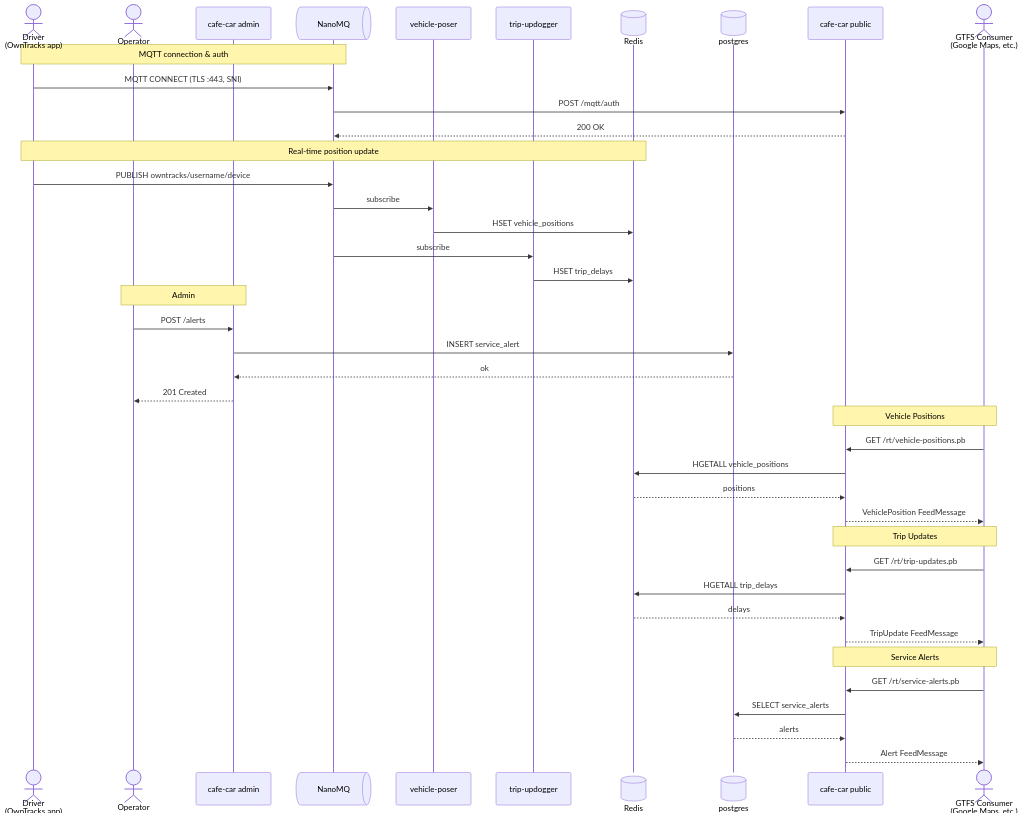
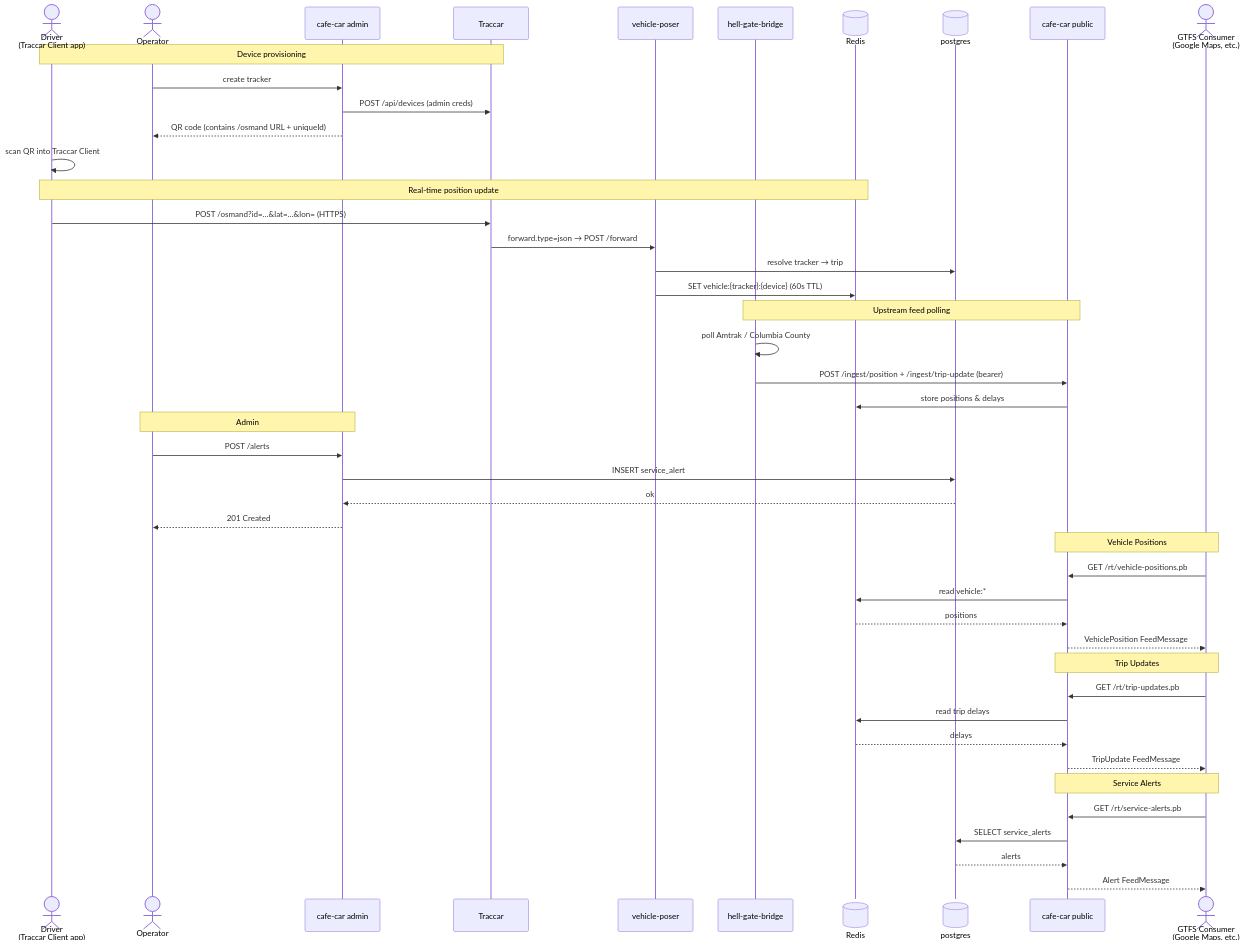
Before and after one commit to gtfs-zone/deploy-gtfs-rt: the second of 7 diagrams in README.md, drawn with Mermaid. The commit also changed other lines of this file and 39 other files, not shown here.

````diff
--- a/README.md
+++ b/README.md
@@ -87,49 +86,54 @@
 ```mermaid
 sequenceDiagram
-    actor driver as Driver<br>(OwnTracks app)
+    actor driver as Driver<br>(Traccar Client app)
     actor operator as Operator
     participant mgr as cafe-car admin
-    participant NanoMQ@{ "type": "queue" }
+    participant tc as Traccar
     participant vp as vehicle-poser
-    participant tu as trip-updogger
+    participant hgb as hell-gate-bridge
     participant Redis@{ "type": "database" }
     participant postgres@{ "type": "database" }
     participant pub as cafe-car public
     actor consumer as GTFS Consumer<br>(Google Maps, etc.)
 
-    Note over driver,NanoMQ: MQTT connection & auth
-    driver->>NanoMQ: MQTT CONNECT (TLS :443, SNI)
-    NanoMQ->>pub: POST /mqtt/auth
-    pub-->>NanoMQ: 200 OK
+    Note over driver,tc: Device provisioning
+    operator->>mgr: create tracker
+    mgr->>tc: POST /api/devices (admin creds)
+    mgr-->>operator: QR code (contains /osmand URL + uniqueId)
+    driver->>driver: scan QR into Traccar Client
 
     Note over driver,Redis: Real-time position update
-    driver->>NanoMQ: PUBLISH owntracks/username/device
-    NanoMQ->>vp: subscribe
-    vp->>Redis: HSET vehicle_positions
-    NanoMQ->>tu: subscribe
-    tu->>Redis: HSET trip_delays
+    driver->>tc: POST /osmand?id=…&lat=…&lon= (HTTPS)
+    tc->>vp: forward.type=json → POST /forward
+    vp->>postgres: resolve tracker → trip
+    vp->>Redis: SET vehicle:{tracker}:{device} (60s TTL)
+
+    Note over hgb,pub: Upstream feed polling
+    hgb->>hgb: poll Amtrak / Columbia County
+    hgb->>pub: POST /ingest/position + /ingest/trip-update (bearer)
+    pub->>Redis: store positions & delays
 
     Note over operator,mgr: Admin
     operator->>mgr: POST /alerts
     mgr->>postgres: INSERT service_alert
     postgres-->>mgr: ok
     mgr-->>operator: 201 Created
 
     Note over pub,consumer: Vehicle Positions
     consumer->>pub: GET /rt/vehicle-positions.pb
-    pub->>Redis: HGETALL vehicle_positions
+    pub->>Redis: read vehicle:*
     Redis-->>pub: positions
     pub-->>consumer: VehiclePosition FeedMessage
 
     Note over pub,consumer: Trip Updates
     consumer->>pub: GET /rt/trip-updates.pb
-    pub->>Redis: HGETALL trip_delays
+    pub->>Redis: read trip delays
     Redis-->>pub: delays
     pub-->>consumer: TripUpdate FeedMessage
 
     Note over pub,consumer: Service Alerts
     consumer->>pub: GET /rt/service-alerts.pb
     pub->>postgres: SELECT service_alerts
     postgres-->>pub: alerts
     pub-->>consumer: Alert FeedMessage
 ```
````
